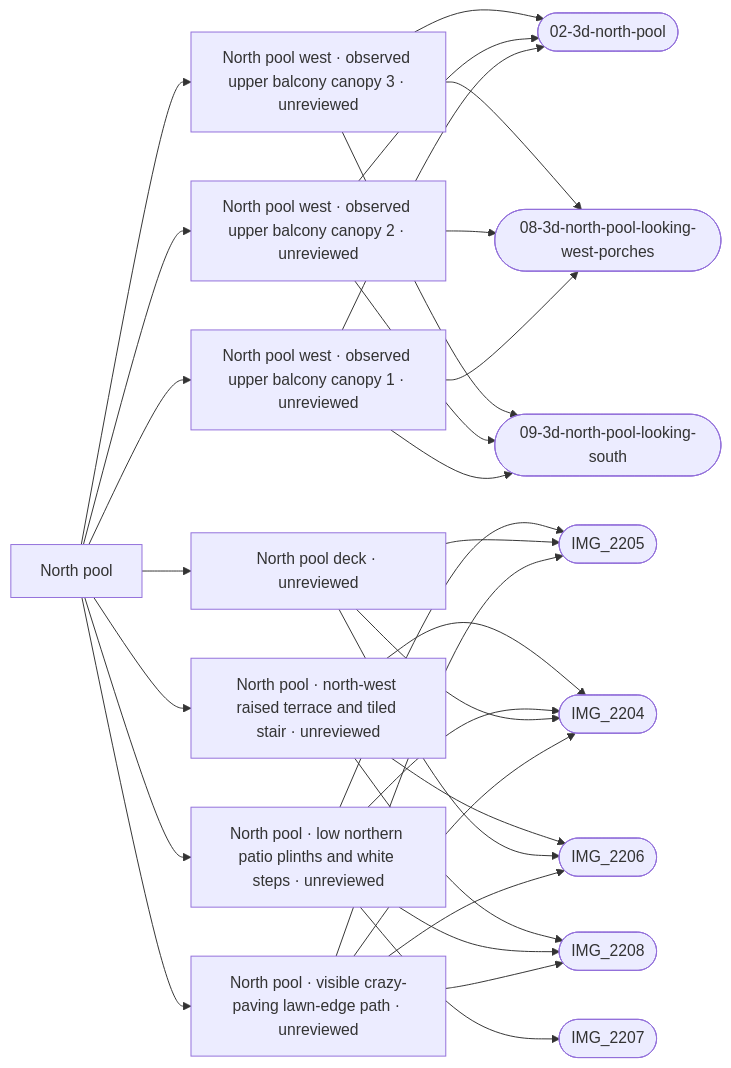
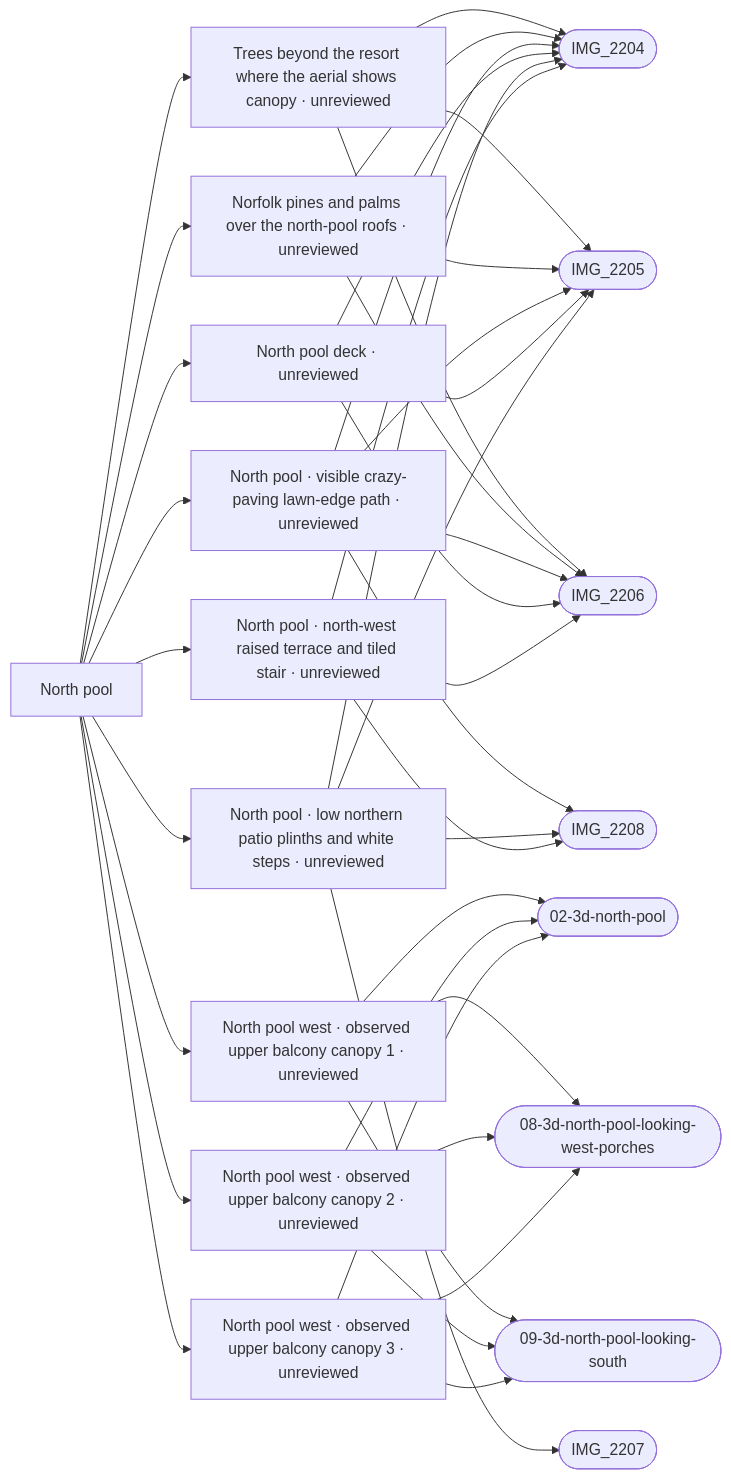
The diagram in refs/areas/north-pool.md (daveyboyc/villacana-venture), drawn with Mermaid before and after one commit. The commit also changed other lines of this file and 41 other files, not shown here.

First line of the commit message:
North pool pilot step 5: 3D trees and a photo-traced mountain ridge behind the resort

````diff
--- a/refs/areas/north-pool.md
+++ b/refs/areas/north-pool.md
@@ -57,34 +57,42 @@
 ```mermaid
 graph LR
   A["North pool"]
-  A --> F0["North pool · visible crazy-paving lawn-edge path · unreviewed"]
+  A --> F0["Trees beyond the resort where the aerial shows canopy · unreviewed"]
   F0 --> PIMG_2204_jpg(["IMG_2204"])
   F0 --> PIMG_2205_jpg(["IMG_2205"])
   F0 --> PIMG_2206_jpg(["IMG_2206"])
-  F0 --> PIMG_2208_jpg(["IMG_2208"])
-  A --> F1["North pool west · observed upper balcony canopy 1 · unreviewed"]
-  F1 --> Pref_apple_maps_02_3d_north_pool_png(["02-3d-north-pool"])
-  F1 --> Pref_apple_maps_08_3d_north_pool_looking_west_porches_png(["08-3d-north-pool-looking-west-porches"])
-  F1 --> Pref_apple_maps_09_3d_north_pool_looking_south_png(["09-3d-north-pool-looking-south"])
-  A --> F2["North pool west · observed upper balcony canopy 2 · unreviewed"]
-  F2 --> Pref_apple_maps_02_3d_north_pool_png(["02-3d-north-pool"])
-  F2 --> Pref_apple_maps_08_3d_north_pool_looking_west_porches_png(["08-3d-north-pool-looking-west-porches"])
-  F2 --> Pref_apple_maps_09_3d_north_pool_looking_south_png(["09-3d-north-pool-looking-south"])
-  A --> F3["North pool west · observed upper balcony canopy 3 · unreviewed"]
+  A --> F1["Norfolk pines and palms over the north-pool roofs · unreviewed"]
+  F1 --> PIMG_2204_jpg(["IMG_2204"])
+  F1 --> PIMG_2205_jpg(["IMG_2205"])
+  F1 --> PIMG_2206_jpg(["IMG_2206"])
+  A --> F2["North pool · visible crazy-paving lawn-edge path · unreviewed"]
+  F2 --> PIMG_2204_jpg(["IMG_2204"])
+  F2 --> PIMG_2205_jpg(["IMG_2205"])
+  F2 --> PIMG_2206_jpg(["IMG_2206"])
+  F2 --> PIMG_2208_jpg(["IMG_2208"])
+  A --> F3["North pool west · observed upper balcony canopy 1 · unreviewed"]
   F3 --> Pref_apple_maps_02_3d_north_pool_png(["02-3d-north-pool"])
   F3 --> Pref_apple_maps_08_3d_north_pool_looking_west_porches_png(["08-3d-north-pool-looking-west-porches"])
   F3 --> Pref_apple_maps_09_3d_north_pool_looking_south_png(["09-3d-north-pool-looking-south"])
-  A --> F4["North pool deck · unreviewed"]
-  F4 --> PIMG_2204_jpg(["IMG_2204"])
-  F4 --> PIMG_2205_jpg(["IMG_2205"])
-  F4 --> PIMG_2206_jpg(["IMG_2206"])
-  A --> F5["North pool · low northern patio plinths and white steps · unreviewed"]
-  F5 --> PIMG_2204_jpg(["IMG_2204"])
-  F5 --> PIMG_2205_jpg(["IMG_2205"])
-  F5 --> PIMG_2207_jpg(["IMG_2207"])
-  F5 --> PIMG_2208_jpg(["IMG_2208"])
-  A --> F6["North pool · north-west raised terrace and tiled stair · unreviewed"]
+  A --> F4["North pool west · observed upper balcony canopy 2 · unreviewed"]
+  F4 --> Pref_apple_maps_02_3d_north_pool_png(["02-3d-north-pool"])
+  F4 --> Pref_apple_maps_08_3d_north_pool_looking_west_porches_png(["08-3d-north-pool-looking-west-porches"])
+  F4 --> Pref_apple_maps_09_3d_north_pool_looking_south_png(["09-3d-north-pool-looking-south"])
+  A --> F5["North pool west · observed upper balcony canopy 3 · unreviewed"]
+  F5 --> Pref_apple_maps_02_3d_north_pool_png(["02-3d-north-pool"])
+  F5 --> Pref_apple_maps_08_3d_north_pool_looking_west_porches_png(["08-3d-north-pool-looking-west-porches"])
+  F5 --> Pref_apple_maps_09_3d_north_pool_looking_south_png(["09-3d-north-pool-looking-south"])
+  A --> F6["North pool deck · unreviewed"]
   F6 --> PIMG_2204_jpg(["IMG_2204"])
+  F6 --> PIMG_2205_jpg(["IMG_2205"])
   F6 --> PIMG_2206_jpg(["IMG_2206"])
-  F6 --> PIMG_2208_jpg(["IMG_2208"])
+  A --> F7["North pool · low northern patio plinths and white steps · unreviewed"]
+  F7 --> PIMG_2204_jpg(["IMG_2204"])
+  F7 --> PIMG_2205_jpg(["IMG_2205"])
+  F7 --> PIMG_2207_jpg(["IMG_2207"])
+  F7 --> PIMG_2208_jpg(["IMG_2208"])
+  A --> F8["North pool · north-west raised terrace and tiled stair · unreviewed"]
+  F8 --> PIMG_2204_jpg(["IMG_2204"])
+  F8 --> PIMG_2206_jpg(["IMG_2206"])
+  F8 --> PIMG_2208_jpg(["IMG_2208"])
 ```
````
